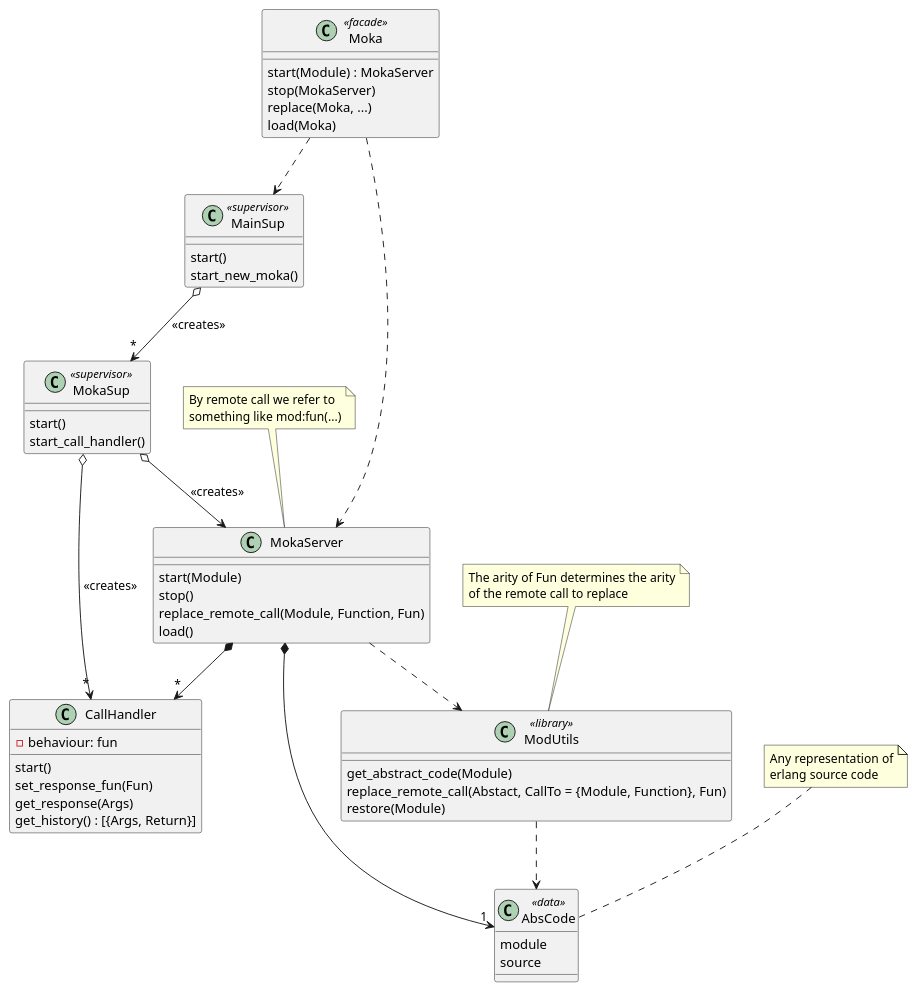
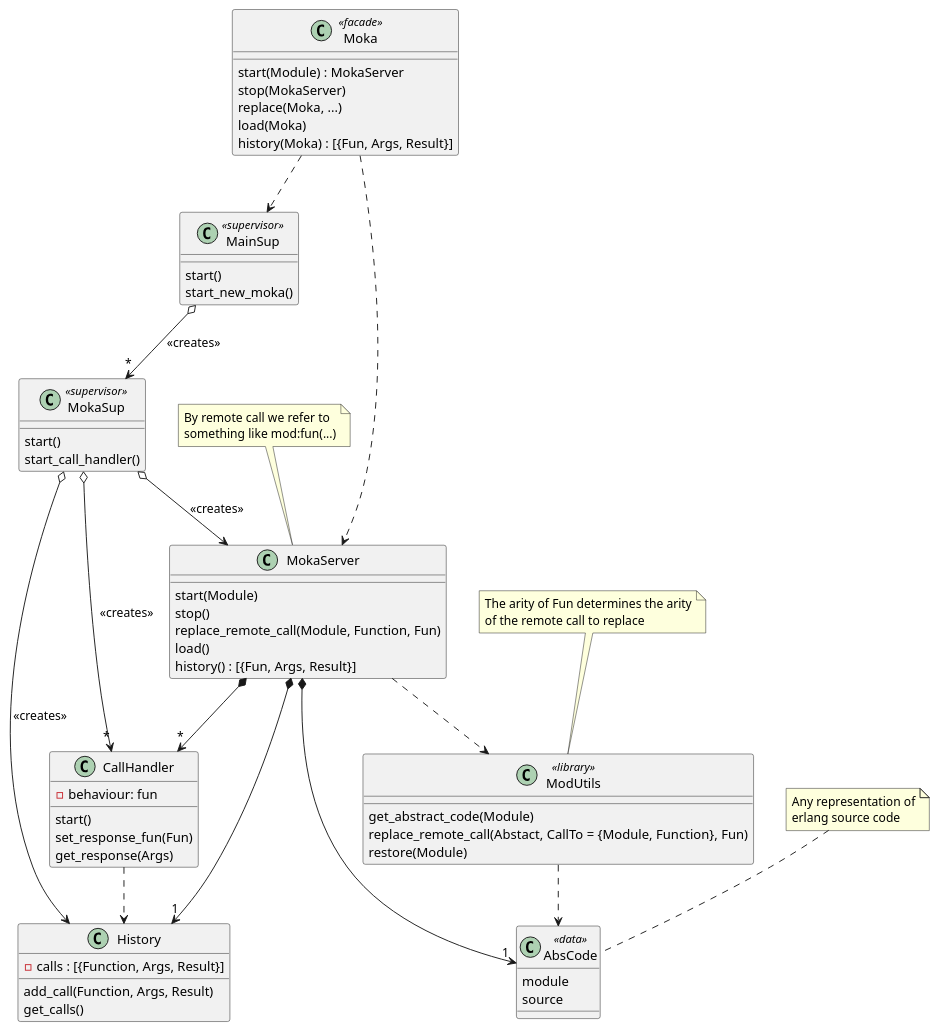
One commit to samuelrivas/moka changed the diagram in doc/design/classes.puml. Above: the diagram before and after it, drawn with PlantUML.

Commit message:
DOC update the class diagram with the history server
We want to hold the history of calls for each moka in a dedicated server

```diff
--- a/doc/design/classes.puml
+++ b/doc/design/classes.puml
@@ -1,78 +1,90 @@
 @startuml
 
 class Moka <<facade>> {
   start(Module) : MokaServer
   stop(MokaServer)
   replace(Moka, ...)
   load(Moka)
+  history(Moka) : [{Fun, Args, Result}]
 }
 
 class MokaServer {
 
   start(Module)
   stop()
   replace_remote_call(Module, Function, Fun)
   load()
+  history() : [{Fun, Args, Result}]
 }
 
 note as M1
   By remote call we refer to
   something like mod:fun(...)
 end note
 
 M1 .. MokaServer
 
 class ModUtils <<library>> {
   get_abstract_code(Module)
   replace_remote_call(Abstact, CallTo = {Module, Function}, Fun)
   restore(Module)
 }
 
 note as M2
   The arity of Fun determines the arity
   of the remote call to replace
 end note
 
 M2 .. ModUtils
 
 class AbsCode <<data>> {
   module
   source
 }
 
 class CallHandler {
   - behaviour: fun
 
   start()
   set_response_fun(Fun)
   get_response(Args)
-  get_history() : [{Args, Return}]
 }
+
+class History {
+  - calls : [{Function, Args, Result}]
+
+  add_call(Function, Args, Result)
+  get_calls()
+}
+
 note as M3
   Any representation of
   erlang source code
 end note
 M3 .. AbsCode
 
 class MainSup <<supervisor>> {
   start()
   start_new_moka()
 }
 class MokaSup <<supervisor>> {
   start()
   start_call_handler()
 }
 
 Moka ..> MainSup
 Moka ..> MokaServer
 
 MokaServer *--> "*" CallHandler
 MokaServer *--> "1" AbsCode
-MokaServer ..> ModUtils
-ModUtils ..> AbsCode
+MokaServer *--> "1" History
+MokaServer  ..>     ModUtils
+ModUtils    ..>     AbsCode
 
-MainSup o--> "*" MokaSup : <<creates>>
-MokaSup o--> MokaServer : <<creates>>
-MokaSup o--> "*" CallHandler  : <<creates>>
+MainSup o--> "*" MokaSup     : <<creates>>
+MokaSup o-->     MokaServer  : <<creates>>
+MokaSup o--> "*" CallHandler : <<creates>>
+MokaSup o-->     History     : <<creates>>
 
+CallHandler ..> History
 @enduml
```
